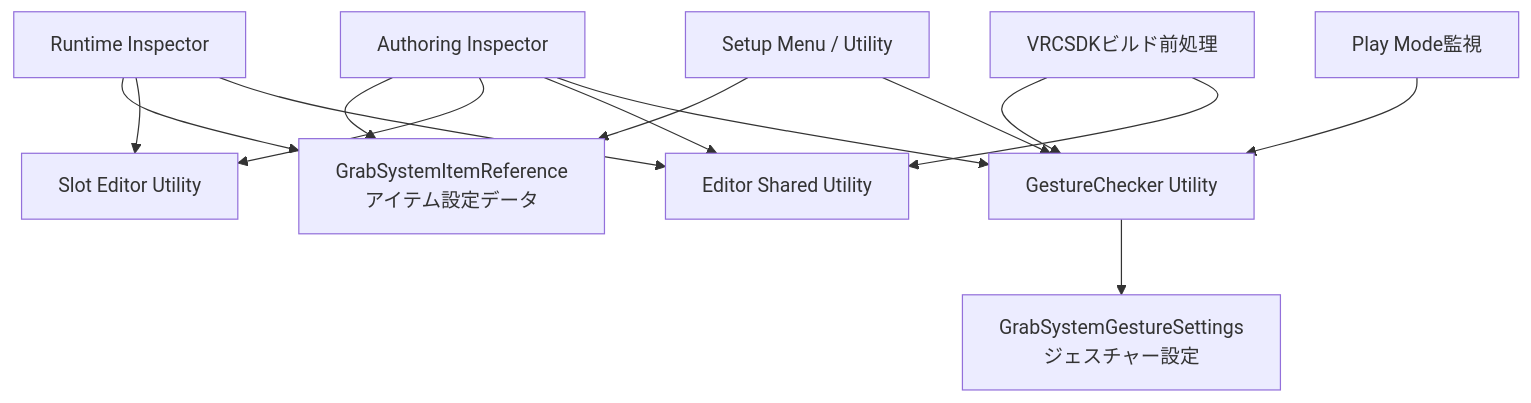
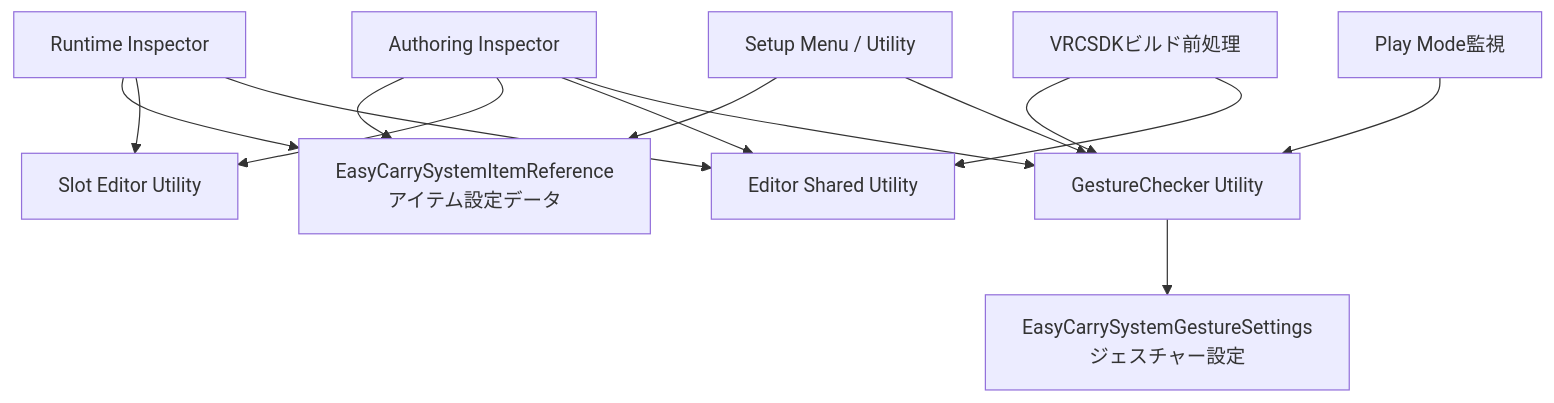
The diagram in Packages/com.serre.easycarry.runtime/README.md (Serre-XA/EasyCarry-System-VPM-Runtime), drawn with Mermaid before and after one commit. The commit also changed other lines of this file and 205 other files, not shown here.

Commit message:
EasyCarry Systemへ内部構造を全面移行

````diff
--- a/Packages/com.serre.easycarry.runtime/README.md
+++ b/Packages/com.serre.easycarry.runtime/README.md
@@ -65,27 +65,27 @@
 ```mermaid
 flowchart TD
-    Targets["GrabSystemItemReference<br>アイテム設定データ"]
-    GestureSettings["GrabSystemGestureSettings<br>ジェスチャー設定"]
+    Targets["EasyCarrySystemItemReference<br>アイテム設定データ"]
+    GestureSettings["EasyCarrySystemGestureSettings<br>ジェスチャー設定"]
     RuntimeInspector["Runtime Inspector"]
     AuthoringInspector["Authoring Inspector"]
     Setup["Setup Menu / Utility"]
     Slot["Slot Editor Utility"]
     Shared["Editor Shared Utility"]
     Gesture["GestureChecker Utility"]
     Lifecycle["Play Mode監視"]
     Build["VRCSDKビルド前処理"]
 
     RuntimeInspector --> Targets
     AuthoringInspector --> Targets
     RuntimeInspector --> Slot
     AuthoringInspector --> Slot
     RuntimeInspector --> Shared
     AuthoringInspector --> Shared
     Setup --> Targets
     Setup --> Gesture
     AuthoringInspector --> Gesture
     Gesture --> GestureSettings
     Lifecycle --> Gesture
     Build --> Gesture
     Build --> Shared
 ```
````
